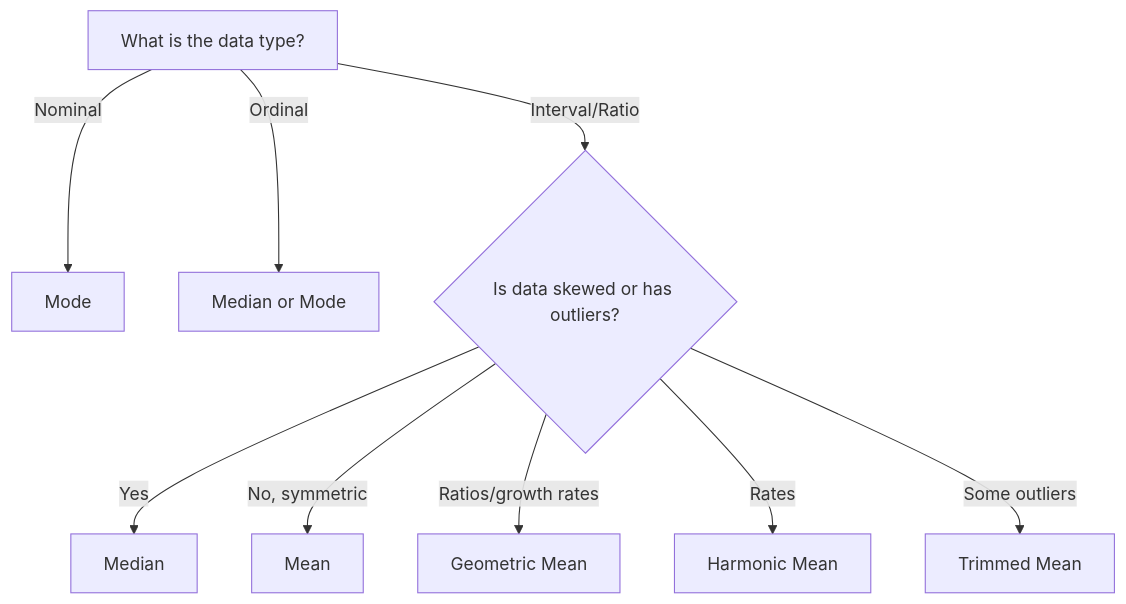
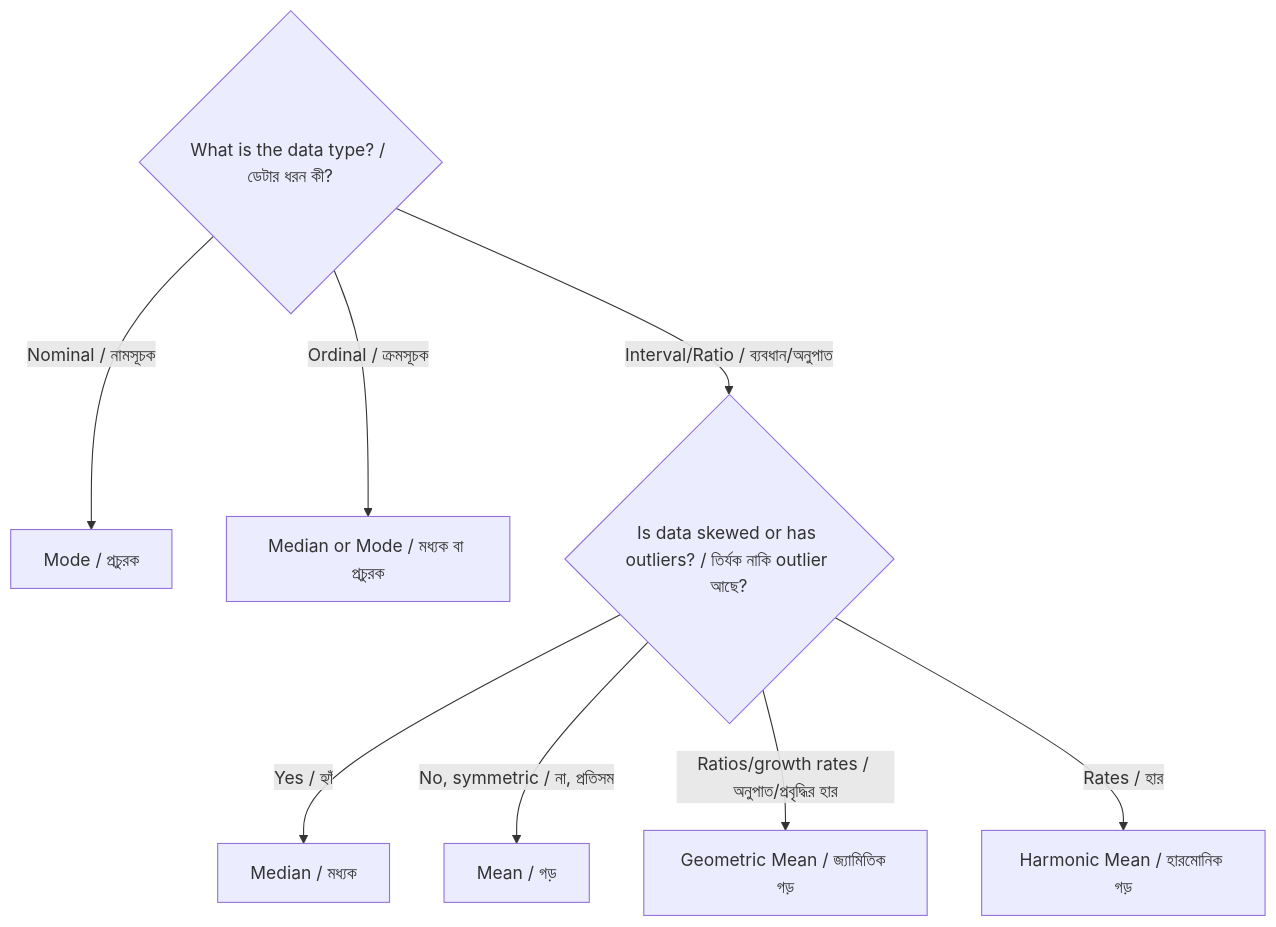
The second of 2 diagrams in 02-central-tendency.md (muhammadsalek/statistics-for-scientists), drawn with Mermaid before and after one commit. The commit also changed other lines of this file, not shown here.

````diff
--- a/02-central-tendency.md
+++ b/02-central-tendency.md
@@ -663,11 +162,10 @@
 ```mermaid
 flowchart TD
-    A[What is the data type?] -->|Nominal| B[Mode]
-    A -->|Ordinal| C[Median or Mode]
-    A -->|Interval/Ratio| D{Is data skewed or has outliers?}
-    D -->|Yes| E[Median]
-    D -->|No, symmetric| F[Mean]
-    D -->|Ratios/growth rates| G[Geometric Mean]
-    D -->|Rates| H[Harmonic Mean]
-    D -->|Some outliers| I[Trimmed Mean]
+    A{What is the data type? / ডেটার ধরন কী?} -->|Nominal / নামসূচক| B[Mode / প্রচুরক]
+    A -->|Ordinal / ক্রমসূচক| C[Median or Mode / মধ্যক বা প্রচুরক]
+    A -->|Interval/Ratio / ব্যবধান/অনুপাত| D{Is data skewed or has outliers? / তির্যক নাকি outlier আছে?}
+    D -->|Yes / হ্যাঁ| E[Median / মধ্যক]
+    D -->|No, symmetric / না, প্রতিসম| F[Mean / গড়]
+    D -->|Ratios/growth rates / অনুপাত/প্রবৃদ্ধির হার| G[Geometric Mean / জ্যামিতিক গড়]
+    D -->|Rates / হার| H[Harmonic Mean / হারমোনিক গড়]
 ```
````
